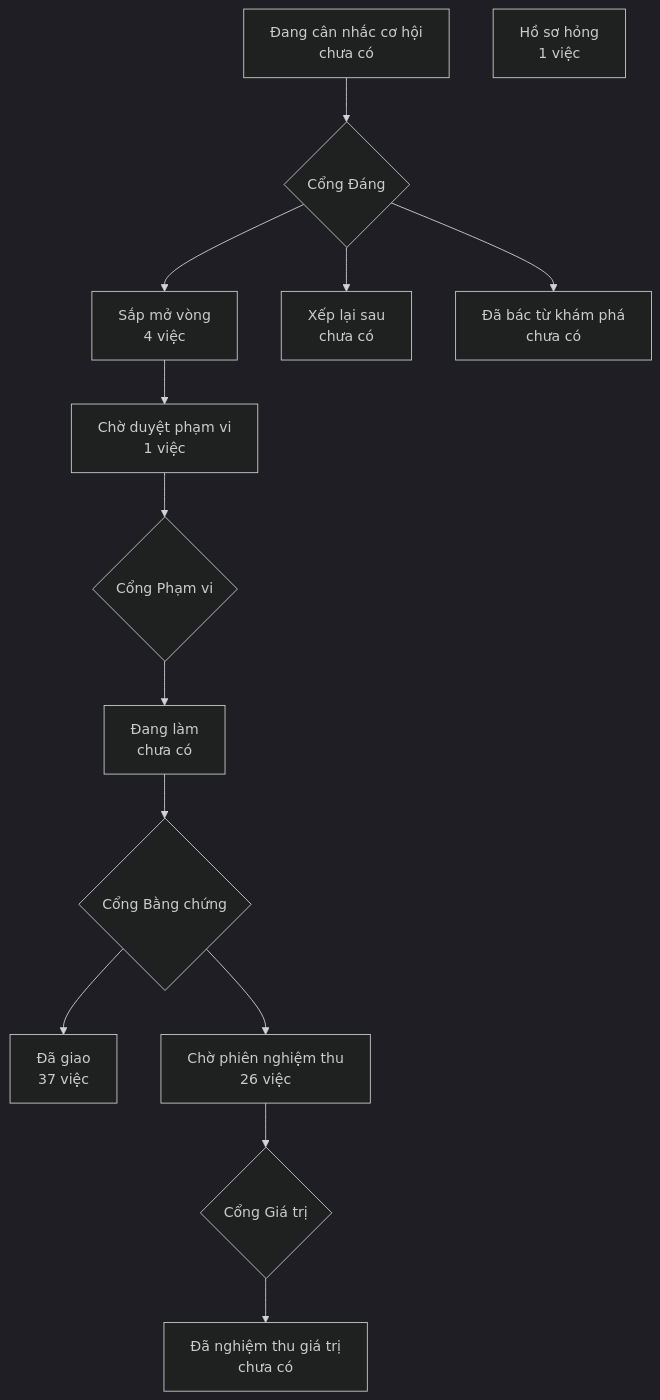
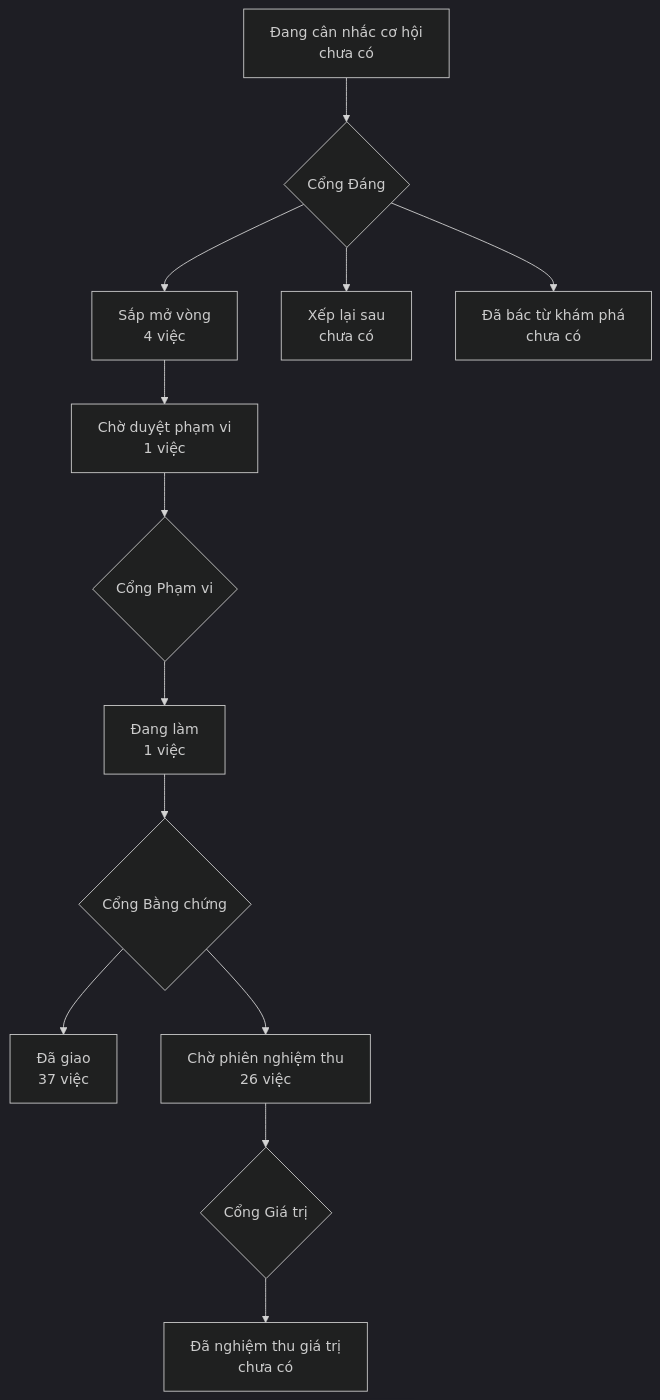
One commit to phanlemanh/onehub-invest changed the diagram in PRODUCT-MAP.md. Above: the diagram before and after it, drawn with Mermaid (dark theme). The commit also changed other lines of this file and 3 other files, not shown here.

````diff
--- a/PRODUCT-MAP.md
+++ b/PRODUCT-MAP.md
@@ -7,13 +7,12 @@
 ```mermaid
 flowchart TD
   A["Đang cân nhắc cơ hội<br/>chưa có"] --> GD{"Cổng Đáng"}
   GD --> B["Sắp mở vòng<br/>4 việc"]
   GD --> XL["Xếp lại sau<br/>chưa có"]
   GD --> DB["Đã bác từ khám phá<br/>chưa có"]
   B --> CD["Chờ duyệt phạm vi<br/>1 việc"] --> GP{"Cổng Phạm vi"}
-  GP --> DL["Đang làm<br/>chưa có"] --> GB{"Cổng Bằng chứng"}
+  GP --> DL["Đang làm<br/>1 việc"] --> GB{"Cổng Bằng chứng"}
   GB --> DG["Đã giao<br/>37 việc"]
   GB --> CN["Chờ phiên nghiệm thu<br/>26 việc"] --> GG{"Cổng Giá trị"}
   GG --> NT["Đã nghiệm thu giá trị<br/>chưa có"]
-  HS["Hồ sơ hỏng<br/>1 việc"]
 ```
````
